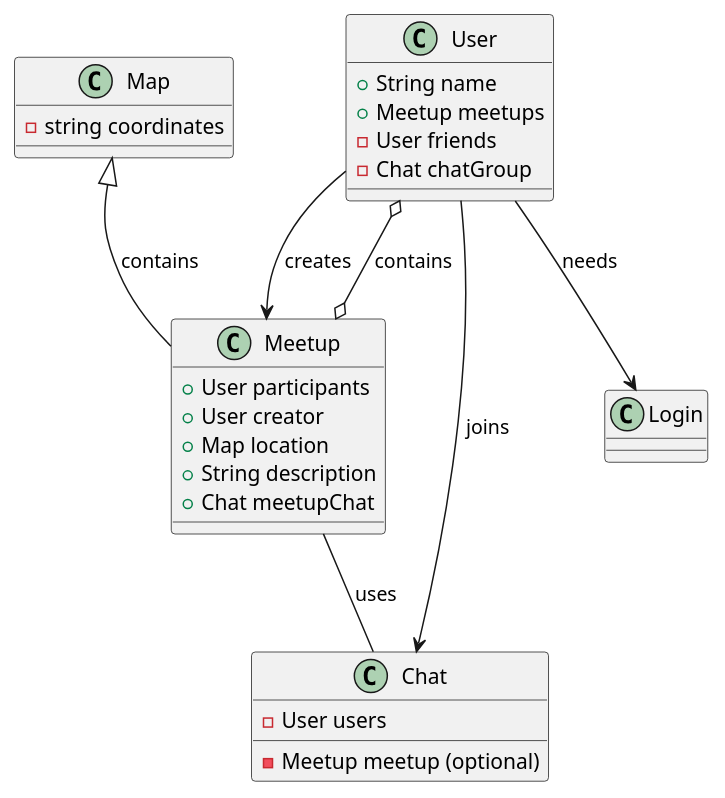
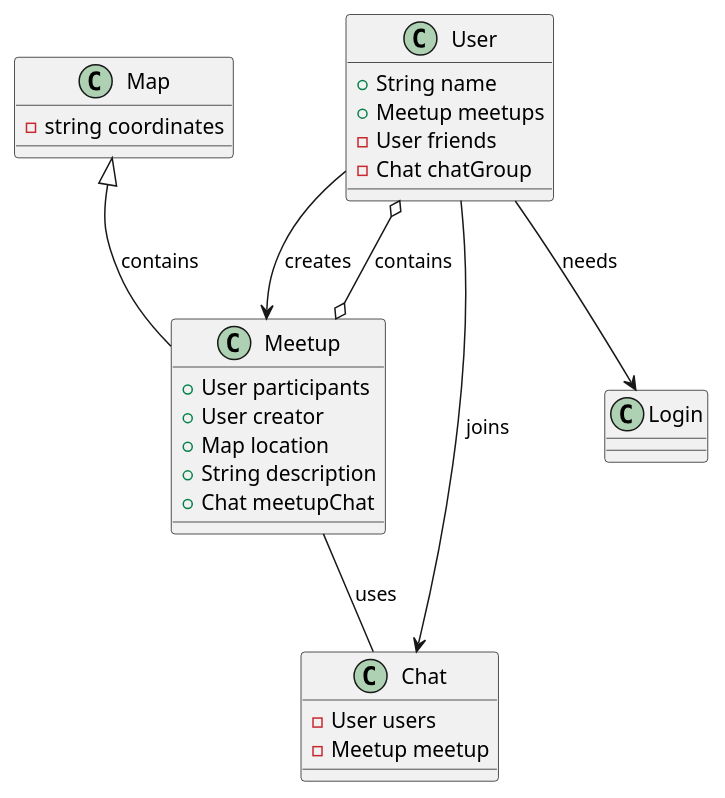
Before and after one commit to 2223-3bhif-syp/02-projekte-mopedmeetup: the diagram in asciidocs/Klassendiagramm.adoc, drawn with PlantUML. The commit also changed other lines of this file and 3 other files, not shown here.

Commit message:
updated: index, readme, Klassendiagramm, gitignore

```diff
--- a/asciidocs/Klassendiagramm.adoc
+++ b/asciidocs/Klassendiagramm.adoc
@@ -1,32 +11,32 @@
 [plantuml, target=diagram-classes, format=png]
 ....
 class User {
     +String name
     +Meetup meetups
     -User friends
     - Chat chatGroup
 }
 class Meetup {
     + User participants
     + User creator
     + Map location
     + String description
     + Chat meetupChat
 }
 class Login {
 }
 class Map {
     -string coordinates
 }
 class Chat {
     - User users
-    - Meetup meetup (optional)
+    - Meetup meetup
 }
 
 Meetup o--o User : contains
 Map <|-- Meetup : contains
 User --> Meetup : creates
 User --> Login : needs
 Meetup -- Chat : uses
 User --> Chat : joins
 ....
```
